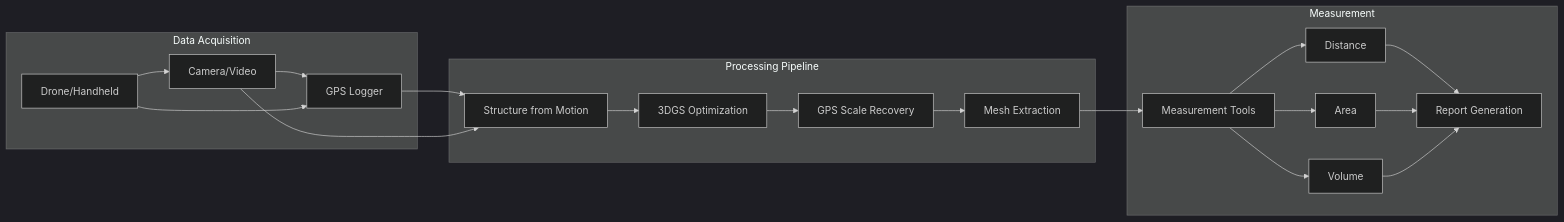
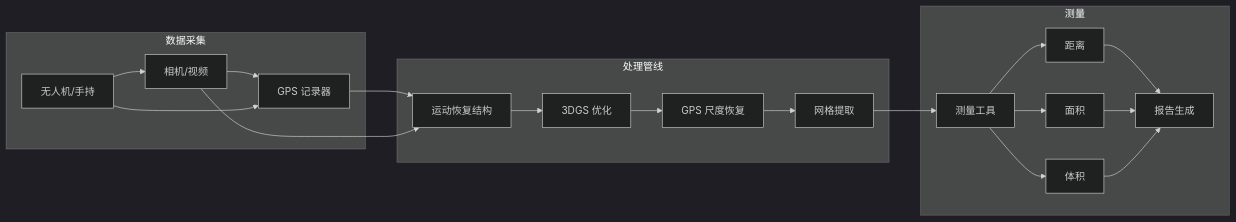
Before and after one commit to Ylin97/team_portfolio: the diagram in docs/projects/measurement-system.md, drawn with Mermaid (dark theme). The commit also changed other lines of this file and 9 other files, not shown here.

````diff
--- a/docs/projects/measurement-system.md
+++ b/docs/projects/measurement-system.md
@@ -29,26 +29,26 @@
 ```mermaid
 graph LR
-    subgraph Data Acquisition
-        A[Camera/Video] --> B[GPS Logger]
-        C[Drone/Handheld] --> A
+    subgraph 数据采集
+        A[相机/视频] --> B[GPS 记录器]
+        C[无人机/手持] --> A
         C --> B
     end
     
-    subgraph Processing Pipeline
-        B --> D[Structure from Motion]
+    subgraph 处理管线
+        B --> D[运动恢复结构]
         A --> D
-        D --> E[3DGS Optimization]
-        E --> F[GPS Scale Recovery]
-        F --> G[Mesh Extraction]
+        D --> E[3DGS 优化]
+        E --> F[GPS 尺度恢复]
+        F --> G[网格提取]
     end
     
-    subgraph Measurement
-        G --> H[Measurement Tools]
-        H --> I[Distance]
-        H --> J[Area]
-        H --> K[Volume]
-        I --> L[Report Generation]
+    subgraph 测量
+        G --> H[测量工具]
+        H --> I[距离]
+        H --> J[面积]
+        H --> K[体积]
+        I --> L[报告生成]
         J --> L
         K --> L
     end
 ```
````
